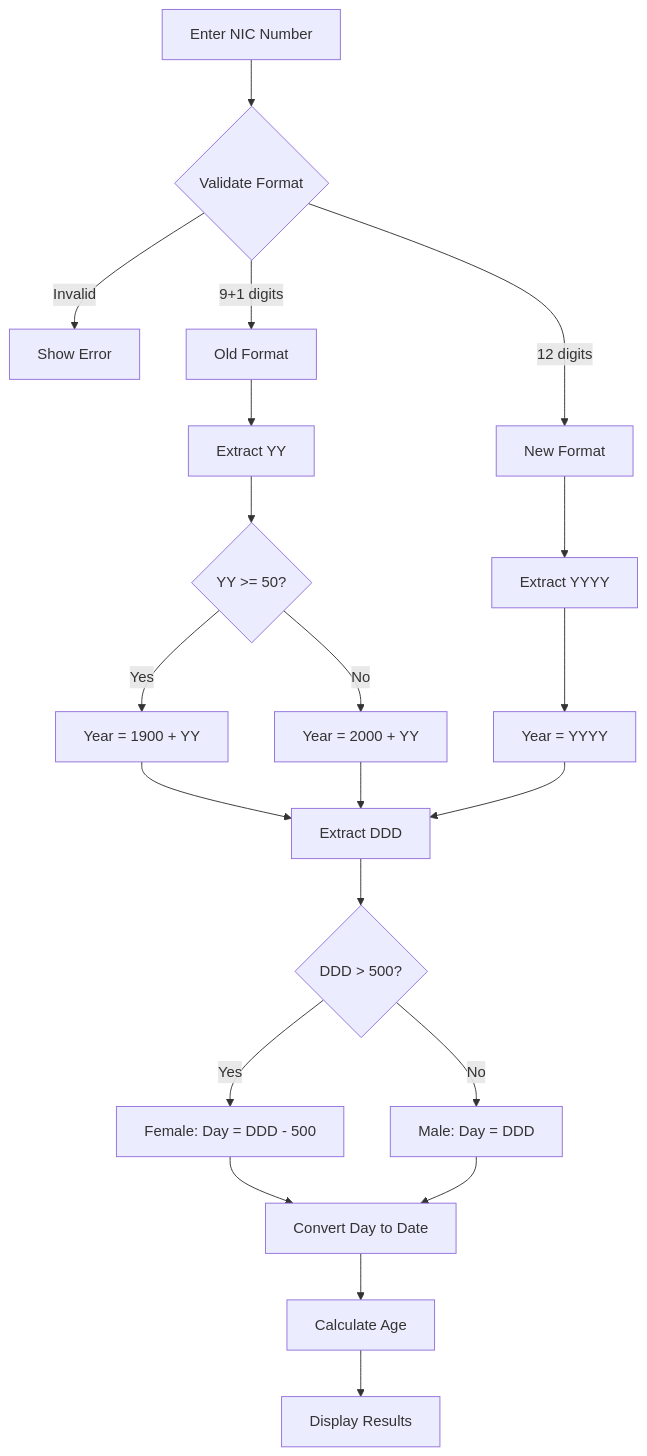
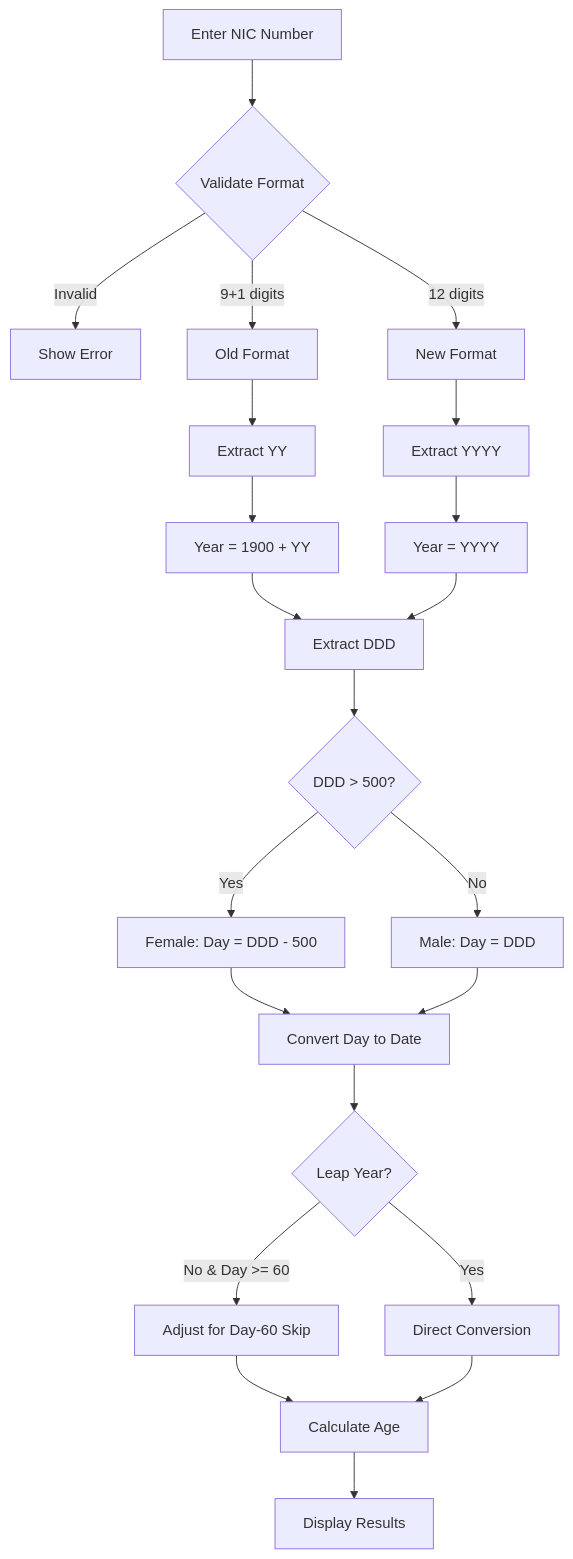
The diagram in README.md (pubudutharanga/nic-information-finder), drawn with Mermaid before and after one commit. The commit also changed other lines of this file and 1 other file, not shown here.

````diff
--- a/README.md
+++ b/README.md
@@ -103,29 +103,30 @@
 ```mermaid
 flowchart TD
     A[Enter NIC Number] --> B{Validate Format}
     B -->|Invalid| C[Show Error]
     B -->|9+1 digits| D[Old Format]
     B -->|12 digits| E[New Format]
     
     D --> F[Extract YY]
     E --> G[Extract YYYY]
     
-    F --> H{YY >= 50?}
-    H -->|Yes| I[Year = 1900 + YY]
-    H -->|No| J[Year = 2000 + YY]
+    F --> I[Year = 1900 + YY]
     G --> K[Year = YYYY]
     
     I --> L[Extract DDD]
-    J --> L
     K --> L
     
     L --> M{DDD > 500?}
     M -->|Yes| N[Female: Day = DDD - 500]
     M -->|No| O[Male: Day = DDD]
     
     N --> P[Convert Day to Date]
     O --> P
     
-    P --> Q[Calculate Age]
-    Q --> R[Display Results]
+    P --> Q{Leap Year?}
+    Q -->|No & Day >= 60| R[Adjust for Day-60 Skip]
+    Q -->|Yes| S[Direct Conversion]
+    R --> T[Calculate Age]
+    S --> T
+    T --> U[Display Results]
 ```
````
